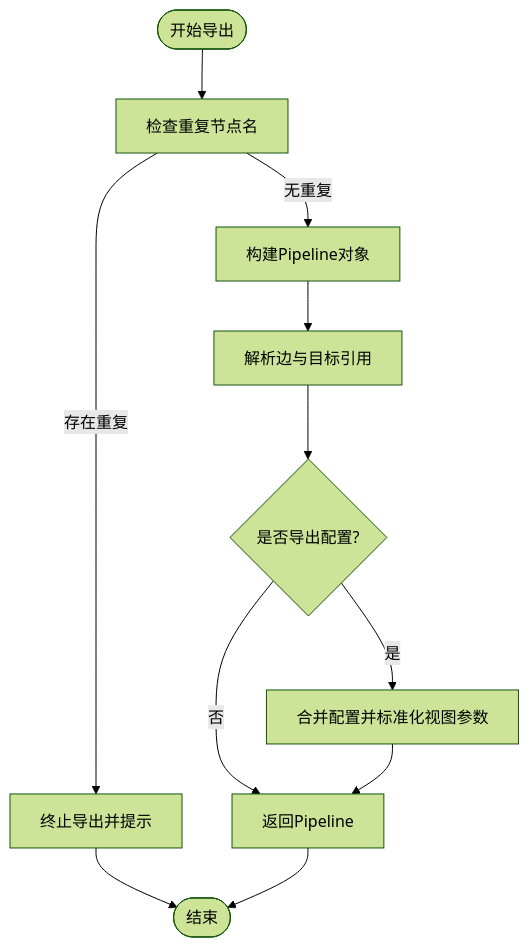
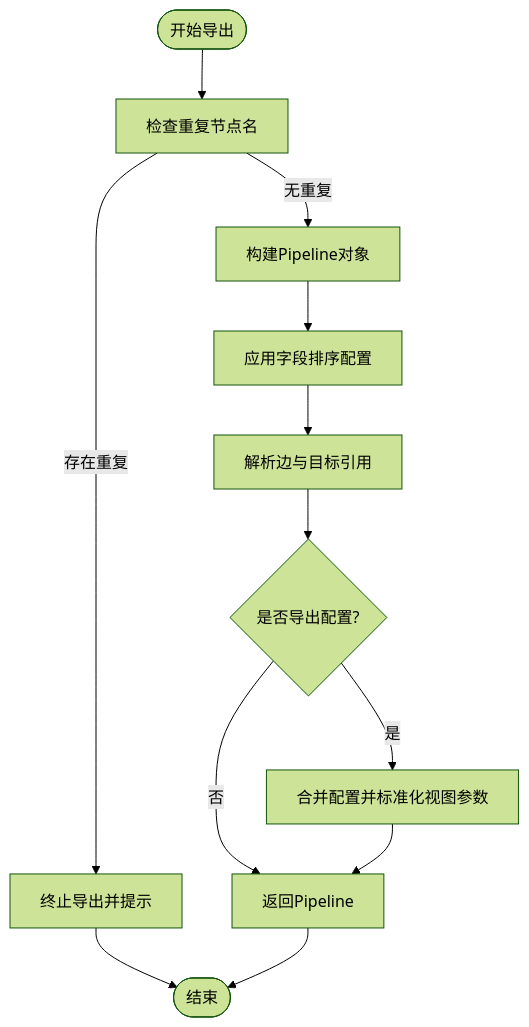
One commit to kqcoxn/MaaPipelineEditor changed the third of 4 diagrams in .qoder/repowiki/zh/content/导入导出系统/导出选项.md. Above: the diagram before and after it, drawn with Mermaid (forest theme). The commit also changed other lines of this file and 22 other files, not shown here.

````diff
--- a/.qoder/repowiki/zh/content/导入导出系统/导出选项.md
+++ b/.qoder/repowiki/zh/content/导入导出系统/导出选项.md
@@ -229,13 +245,14 @@
 ```mermaid
 flowchart TD
 START(["开始导出"]) --> CHECK["检查重复节点名"]
 CHECK --> |存在重复| STOP["终止导出并提示"]
 CHECK --> |无重复| BUILD["构建Pipeline对象"]
-BUILD --> LINK["解析边与目标引用"]
+BUILD --> SORT["应用字段排序配置"]
+SORT --> LINK["解析边与目标引用"]
 LINK --> CONFIG{"是否导出配置?"}
 CONFIG --> |否| RETURN["返回Pipeline"]
 CONFIG --> |是| MERGE["合并配置并标准化视图参数"]
 MERGE --> RETURN
 STOP --> END(["结束"])
 RETURN --> END
 ```
````
